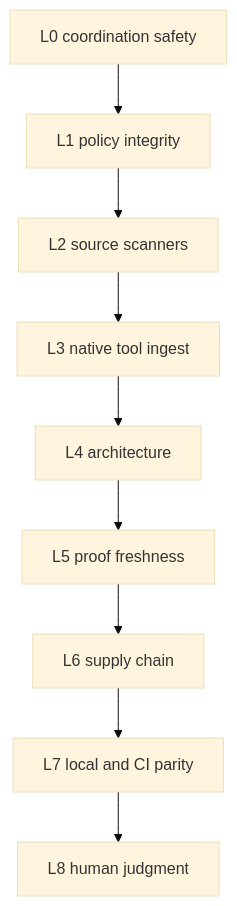
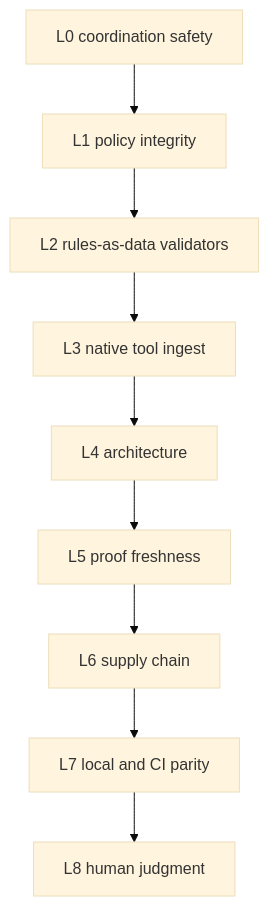
The second of 2 diagrams in README.md (ocentra/ocentra-enforcer), drawn with Mermaid (base theme) before and after one commit. The commit also changed other lines of this file and 28 other files, not shown here.

````diff
--- a/README.md
+++ b/README.md
@@ -42,20 +75,20 @@
 ```mermaid
 flowchart TD
   L0["L0 coordination safety"]
   L1["L1 policy integrity"]
-  L2["L2 source scanners"]
+  L2["L2 rules-as-data validators"]
   L3["L3 native tool ingest"]
   L4["L4 architecture"]
   L5["L5 proof freshness"]
   L6["L6 supply chain"]
   L7["L7 local and CI parity"]
   L8["L8 human judgment"]
   L0 --> L1
   L1 --> L2
   L2 --> L3
   L3 --> L4
   L4 --> L5
   L5 --> L6
   L6 --> L7
   L7 --> L8
 ```
````
